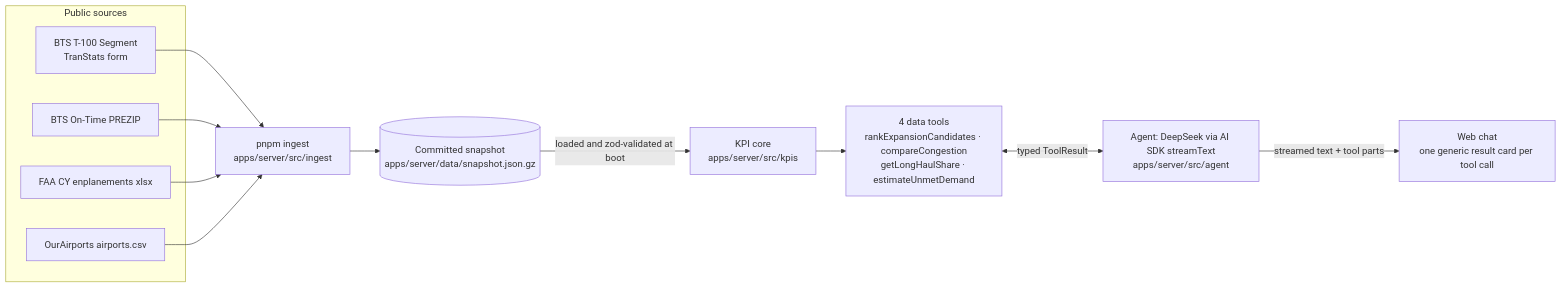
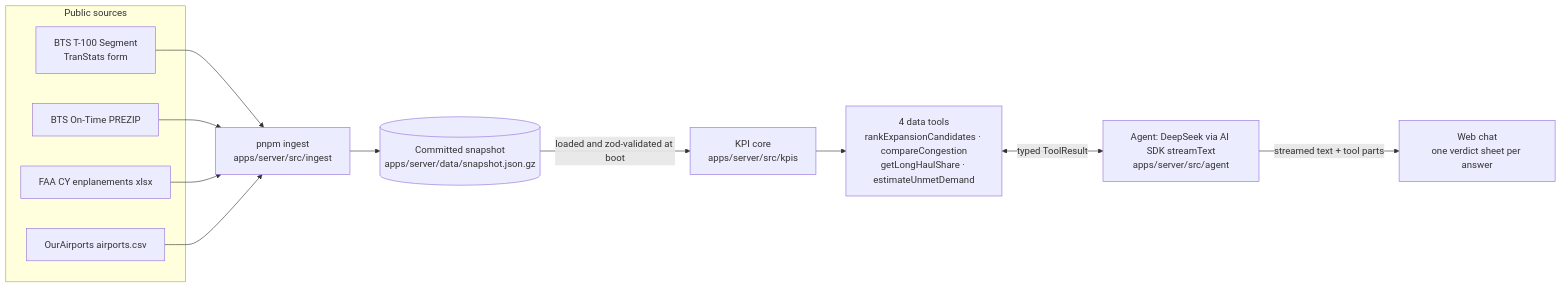
One commit to SaltyByte/airport-investment-intelligence-agent changed the diagram in docs/design.md. Above: the diagram before and after it, drawn with Mermaid. The commit also changed other lines of this file and 12 other files, not shown here.

Commit message:
feat: ink header with Examples and New chat, one article per question, and a conversation that survives a reload

````diff
--- a/docs/design.md
+++ b/docs/design.md
@@ -7,15 +7,15 @@
 ```mermaid
 flowchart LR
   subgraph Public sources
     T100[BTS T-100 Segment<br/>TranStats form]
     OT[BTS On-Time PREZIP]
     FAA[FAA CY enplanements xlsx]
     OA[OurAirports airports.csv]
   end
   T100 & OT & FAA & OA --> ING["pnpm ingest<br/>apps/server/src/ingest"]
   ING --> SNAP[("Committed snapshot<br/>apps/server/data/snapshot.json.gz")]
   SNAP -->|loaded and zod-validated at boot| KPI["KPI core<br/>apps/server/src/kpis"]
   KPI --> TOOLS["4 data tools<br/>rankExpansionCandidates · compareCongestion<br/>getLongHaulShare · estimateUnmetDemand"]
   TOOLS <-->|typed ToolResult| AGENT["Agent: DeepSeek via AI SDK streamText<br/>apps/server/src/agent"]
-  AGENT -->|streamed text + tool parts| WEB["Web chat<br/>one generic result card per tool call"]
+  AGENT -->|streamed text + tool parts| WEB["Web chat<br/>one verdict sheet per answer"]
 ```
````
